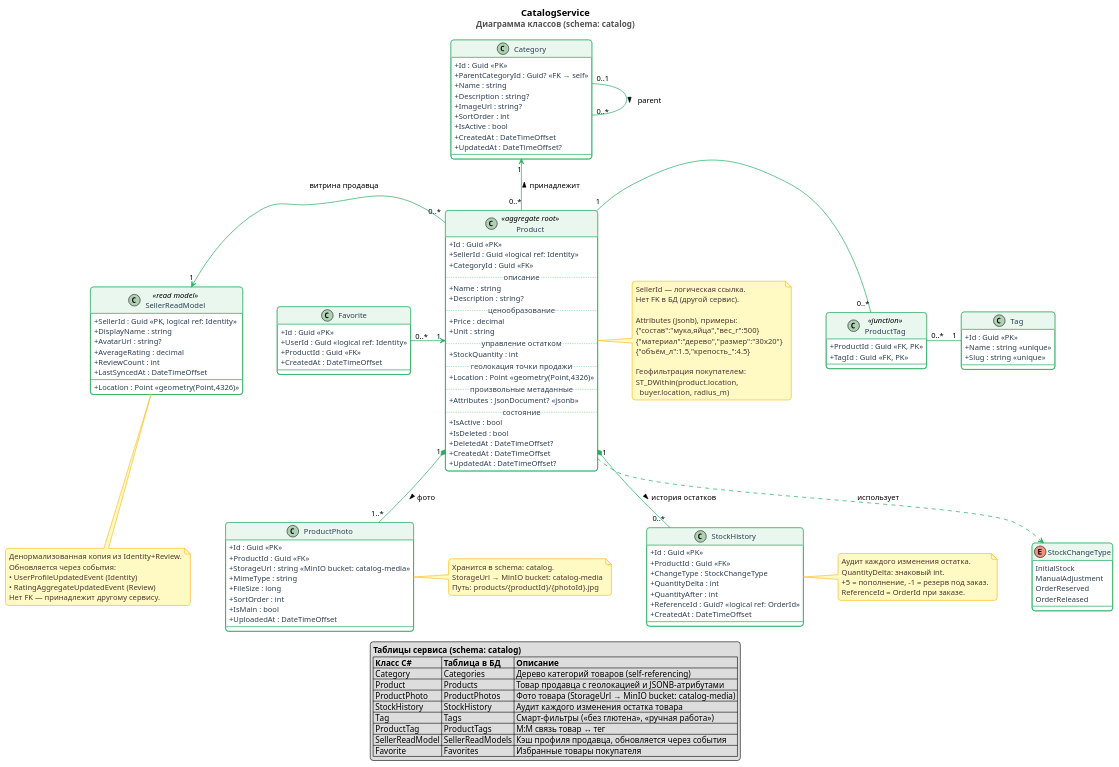
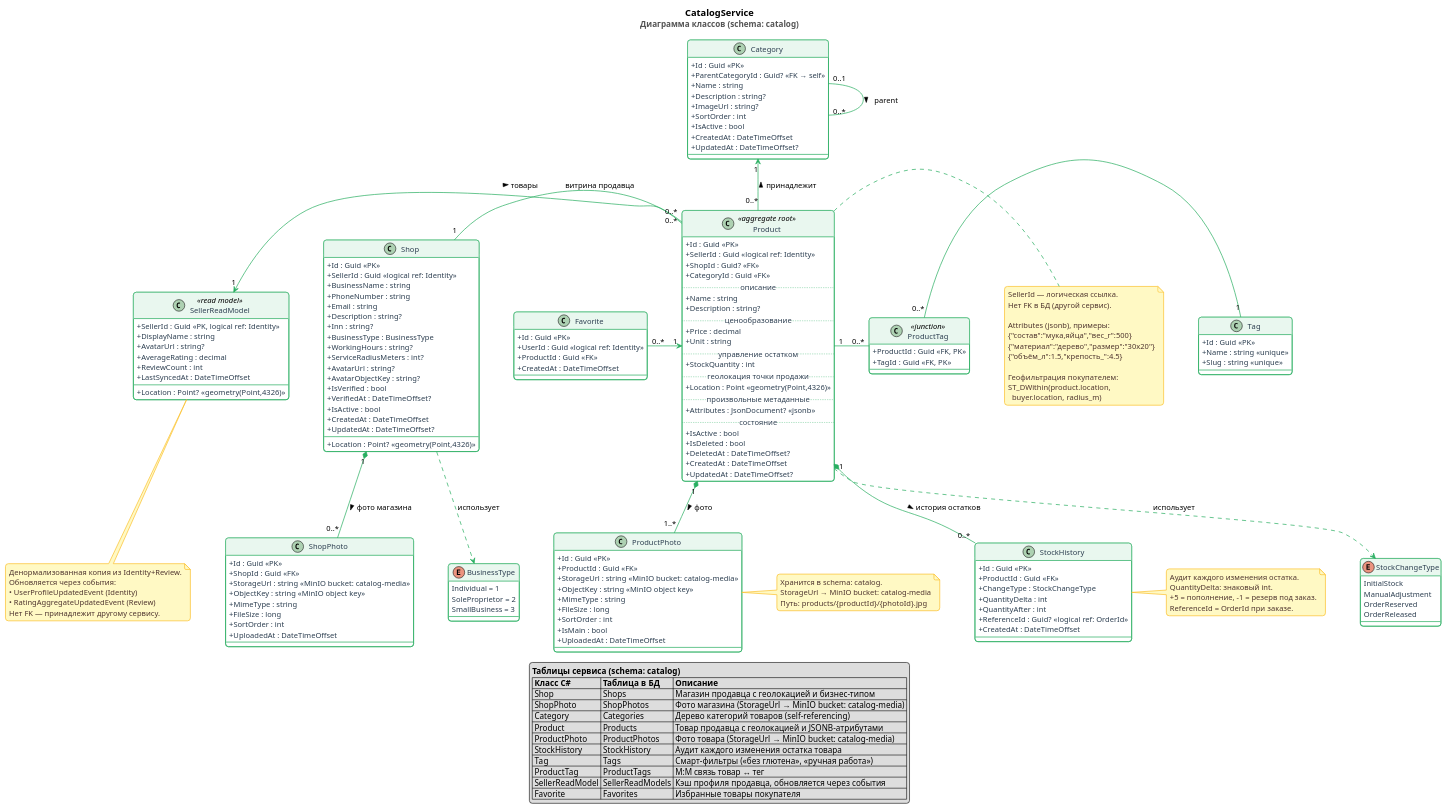
One commit to LocMp-olegg/LocalMarketplace changed the diagram in docs/diagrams/catalog-service.puml. Above: the diagram before and after it, drawn with PlantUML. The commit also changed 2 other files, not shown here.

Commit message:
refactor: update schemas

```diff
--- a/docs/diagrams/catalog-service.puml
+++ b/docs/diagrams/catalog-service.puml
@@ -48,6 +48,46 @@
     OrderReleased
 }
 
+enum BusinessType {
+    Individual = 1
+    SoleProprietor = 2
+    SmallBusiness = 3
+}
+
+' ─── Shop ────────────────────────────────────────────────────────────────────
+
+class Shop {
+    + Id : Guid <<PK>>
+    + SellerId : Guid <<logical ref: Identity>>
+    + BusinessName : string
+    + PhoneNumber : string
+    + Email : string
+    + Description : string?
+    + Inn : string?
+    + BusinessType : BusinessType
+    + WorkingHours : string?
+    + ServiceRadiusMeters : int?
+    + Location : Point? <<geometry(Point,4326)>>
+    + AvatarUrl : string?
+    + AvatarObjectKey : string?
+    + IsVerified : bool
+    + VerifiedAt : DateTimeOffset?
+    + IsActive : bool
+    + CreatedAt : DateTimeOffset
+    + UpdatedAt : DateTimeOffset?
+}
+
+class ShopPhoto {
+    + Id : Guid <<PK>>
+    + ShopId : Guid <<FK>>
+    + StorageUrl : string <<MinIO bucket: catalog-media>>
+    + ObjectKey : string <<MinIO object key>>
+    + MimeType : string
+    + FileSize : long
+    + SortOrder : int
+    + UploadedAt : DateTimeOffset
+}
+
 ' ─── Category ────────────────────────────────────────────────────────────────
 
 class Category {
@@ -67,6 +107,7 @@
 class Product <<aggregate root>> {
     + Id : Guid <<PK>>
     + SellerId : Guid <<logical ref: Identity>>
+    + ShopId : Guid? <<FK>>
     + CategoryId : Guid <<FK>>
     ..описание..
     + Name : string
@@ -92,6 +133,7 @@
     + Id : Guid <<PK>>
     + ProductId : Guid <<FK>>
     + StorageUrl : string <<MinIO bucket: catalog-media>>
+    + ObjectKey : string <<MinIO object key>>
     + MimeType : string
     + FileSize : long
     + SortOrder : int
@@ -130,7 +172,7 @@
     + AvatarUrl : string?
     + AverageRating : decimal
     + ReviewCount : int
-    + Location : Point <<geometry(Point,4326)>>
+    + Location : Point? <<geometry(Point,4326)>>
     + LastSyncedAt : DateTimeOffset
 }
 
@@ -145,6 +187,10 @@
 ' ─── Relationships ────────────────────────────────────────────────────────────
 
 Category "0..1" -right- "0..*" Category : parent >
+
+Shop "1" *-down- "0..*" ShopPhoto : фото магазина >
+Shop "1" -right- "0..*" Product : товары >
+Shop ..> BusinessType : использует
 
 Product "0..*" -up-> "1" Category : принадлежит >
 Product "1" *-down- "1..*" ProductPhoto : фото >
@@ -201,6 +247,8 @@
 legend bottom
   <b>Таблицы сервиса (schema: catalog)</b>
   |= Класс C# |= Таблица в БД |= Описание |
+  | Shop | Shops | Магазин продавца с геолокацией и бизнес-типом |
+  | ShopPhoto | ShopPhotos | Фото магазина (StorageUrl → MinIO bucket: catalog-media) |
   | Category | Categories | Дерево категорий товаров (self-referencing) |
   | Product | Products | Товар продавца с геолокацией и JSONB-атрибутами |
   | ProductPhoto | ProductPhotos | Фото товара (StorageUrl → MinIO bucket: catalog-media) |
```
